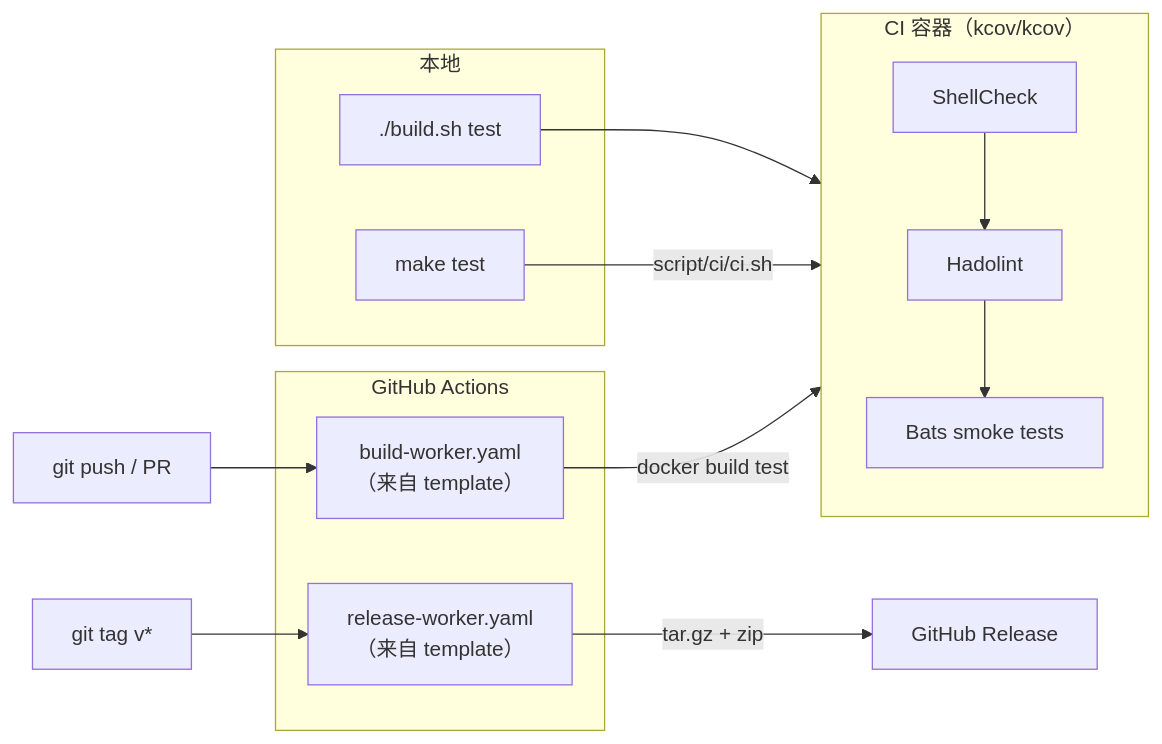
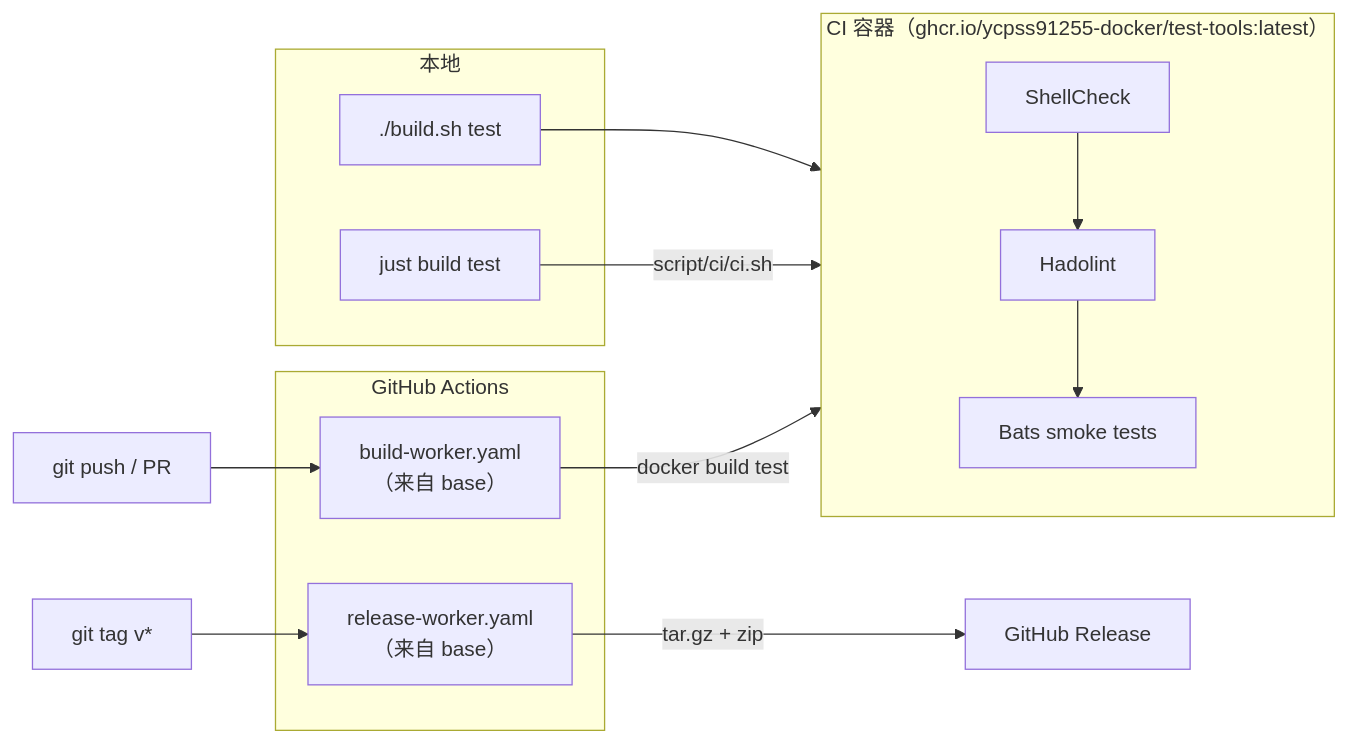
The second of 2 diagrams in .base/doc/readme/README.zh-CN.md (ycpss91255-docker/codex_cli), drawn with Mermaid before and after one commit. The commit also changed other lines of this file and 137 other files, not shown here.

````diff
--- a/.base/doc/readme/README.zh-CN.md
+++ b/.base/doc/readme/README.zh-CN.md
@@ -81,27 +81,27 @@
 ```mermaid
 flowchart LR
     subgraph local["本地"]
         build_test["./build.sh test"]
-        make_test["make test"]
+        make_test["just build test"]
     end
 
-    subgraph ci_container["CI 容器（kcov/kcov）"]
+    subgraph ci_container["CI 容器（ghcr.io/ycpss91255-docker/test-tools:latest）"]
         shellcheck["ShellCheck"]
         hadolint["Hadolint"]
         bats["Bats smoke tests"]
     end
 
     subgraph github["GitHub Actions"]
-        build_worker["build-worker.yaml<br/>（来自 template）"]
-        release_worker["release-worker.yaml<br/>（来自 template）"]
+        build_worker["build-worker.yaml<br/>（来自 base）"]
+        release_worker["release-worker.yaml<br/>（来自 base）"]
     end
 
     build_test --> ci_container
     make_test -->|"script/ci/ci.sh"| ci_container
     shellcheck --> hadolint --> bats
 
     push["git push / PR"] --> build_worker
     build_worker -->|"docker build test"| ci_container
     tag["git tag v*"] --> release_worker
     release_worker -->|"tar.gz + zip"| release["GitHub Release"]
 ```
````
